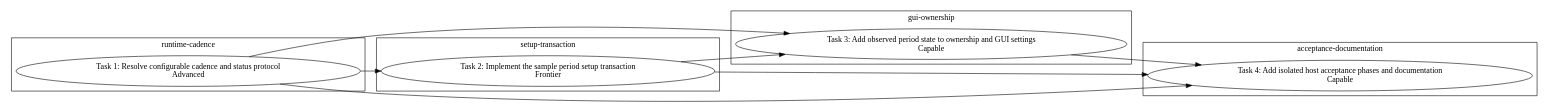
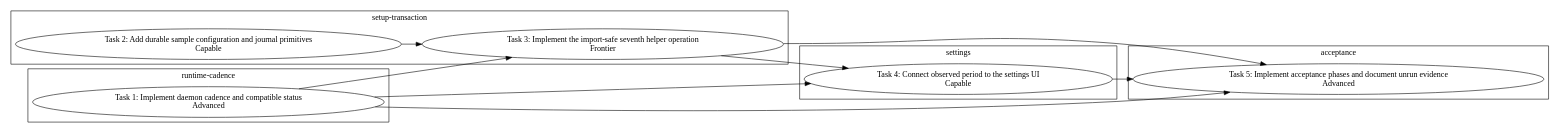
The diagram in docs/superpowers/plans/2026-11-17-sample-period-settings.execution-graph.dot (hyperdreamer/appio), drawn with Graphviz before and after one commit. The commit also changed 1 other file, not shown here.

```diff
--- a/docs/superpowers/plans/2026-11-17-sample-period-settings.execution-graph.dot
+++ b/docs/superpowers/plans/2026-11-17-sample-period-settings.execution-graph.dot
@@ -1,25 +1,27 @@
 digraph execution_graph {
   rankdir=LR;
   subgraph cluster_runtime_cadence {
     label="runtime-cadence";
-    "T-001" [label="Task 1: Resolve configurable cadence and status protocol\nAdvanced"];
+    "T-001" [label="Task 1: Implement daemon cadence and compatible status\nAdvanced"];
   }
   subgraph cluster_setup_transaction {
     label="setup-transaction";
-    "T-002" [label="Task 2: Implement the sample period setup transaction\nFrontier"];
+    "T-002" [label="Task 2: Add durable sample configuration and journal primitives\nCapable"];
+    "T-003" [label="Task 3: Implement the import-safe seventh helper operation\nFrontier"];
   }
-  subgraph cluster_gui_ownership {
-    label="gui-ownership";
-    "T-003" [label="Task 3: Add observed period state to ownership and GUI settings\nCapable"];
+  subgraph cluster_settings {
+    label="settings";
+    "T-004" [label="Task 4: Connect observed period to the settings UI\nCapable"];
   }
-  subgraph cluster_acceptance_documentation {
-    label="acceptance-documentation";
-    "T-004" [label="Task 4: Add isolated host acceptance phases and documentation\nCapable"];
+  subgraph cluster_acceptance {
+    label="acceptance";
+    "T-005" [label="Task 5: Implement acceptance phases and document unrun evidence\nAdvanced"];
   }
-  "T-001" -> "T-002";
   "T-001" -> "T-003";
   "T-002" -> "T-003";
   "T-001" -> "T-004";
-  "T-002" -> "T-004";
   "T-003" -> "T-004";
+  "T-001" -> "T-005";
+  "T-003" -> "T-005";
+  "T-004" -> "T-005";
 }
```
